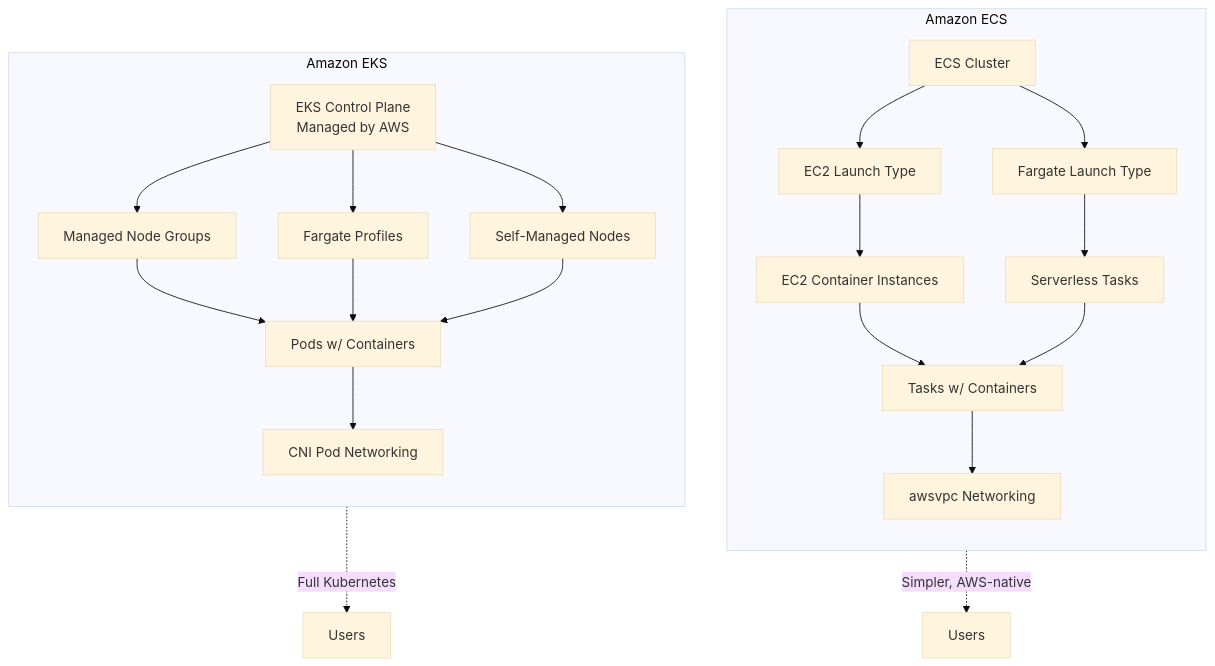
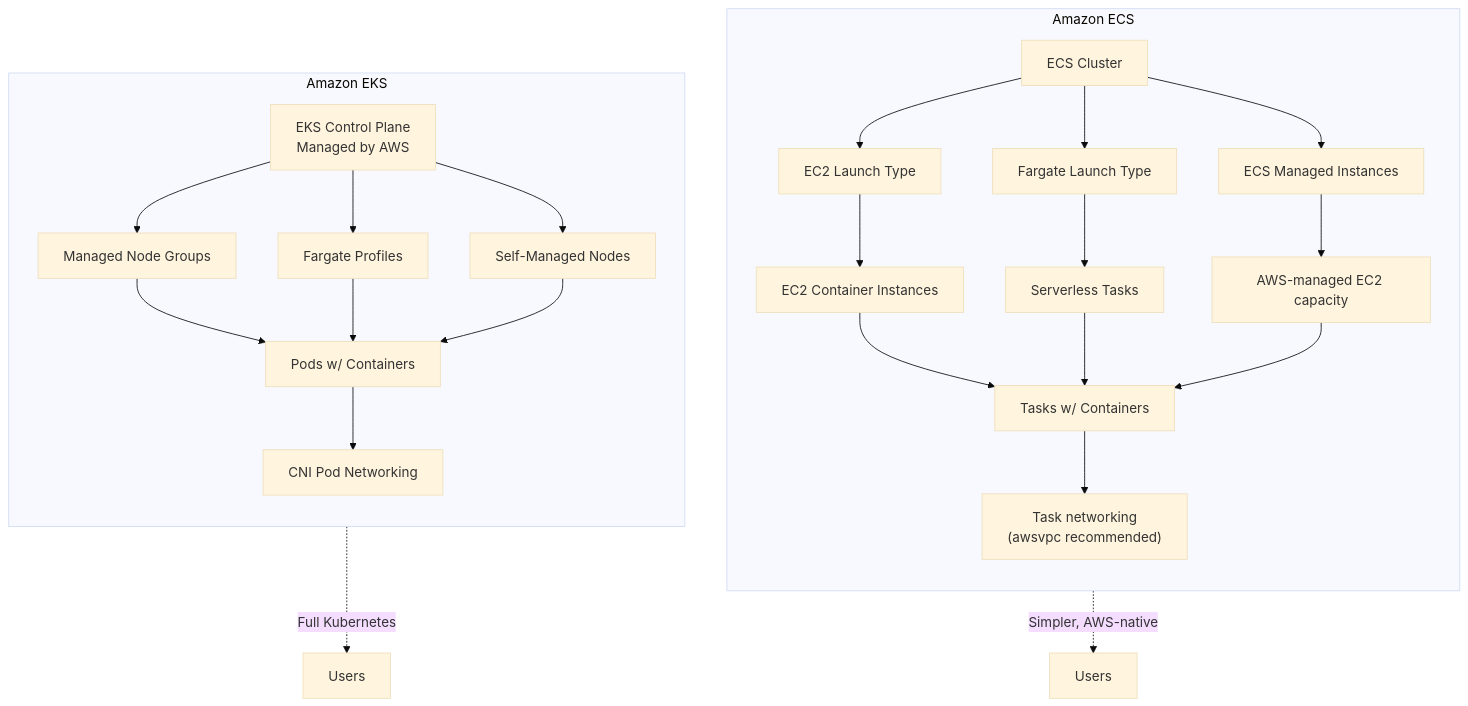
One commit to AlexanderBesss/AWS_best_praactices changed the first of 2 diagrams in DevOps/ECS-EKS-Best-Practices.md. Above: the diagram before and after it, drawn with Mermaid (base theme). The commit also changed other lines of this file and 31 other files, not shown here.

````diff
--- a/DevOps/ECS-EKS-Best-Practices.md
+++ b/DevOps/ECS-EKS-Best-Practices.md
@@ -33,29 +33,32 @@
 ```mermaid
 graph TB
     subgraph ECS["Amazon ECS"]
         direction TB
         ECS1["ECS Cluster"]
         ECS1 --> ECS2["EC2 Launch Type"]
         ECS1 --> ECS3["Fargate Launch Type"]
+        ECS1 --> ECS8["ECS Managed Instances"]
         ECS2 --> ECS4["EC2 Container Instances"]
         ECS3 --> ECS5["Serverless Tasks"]
+        ECS8 --> ECS9["AWS-managed EC2 capacity"]
         ECS4 --> ECS6["Tasks w/ Containers"]
         ECS5 --> ECS6
-        ECS6 --> ECS7["awsvpc Networking"]
+        ECS9 --> ECS6
+        ECS6 --> ECS7["Task networking<br/>(awsvpc recommended)"]
     end
 
     subgraph EKS["Amazon EKS"]
         direction TB
         EKS1["EKS Control Plane<br/>Managed by AWS"]
         EKS1 --> EKS2["Managed Node Groups"]
         EKS1 --> EKS3["Fargate Profiles"]
         EKS1 --> EKS4["Self-Managed Nodes"]
         EKS2 --> EKS5["Pods w/ Containers"]
         EKS3 --> EKS5
         EKS4 --> EKS5
         EKS5 --> EKS6["CNI Pod Networking"]
     end
 
     ECS -.->|"Simpler, AWS-native"| A1[Users]
     EKS -.->|"Full Kubernetes"| A2[Users]
 ```
````
